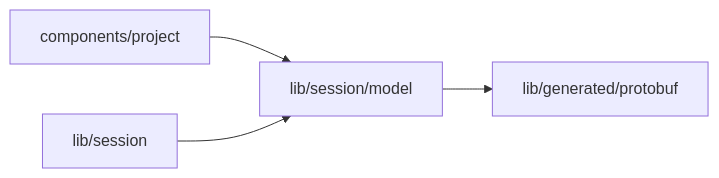
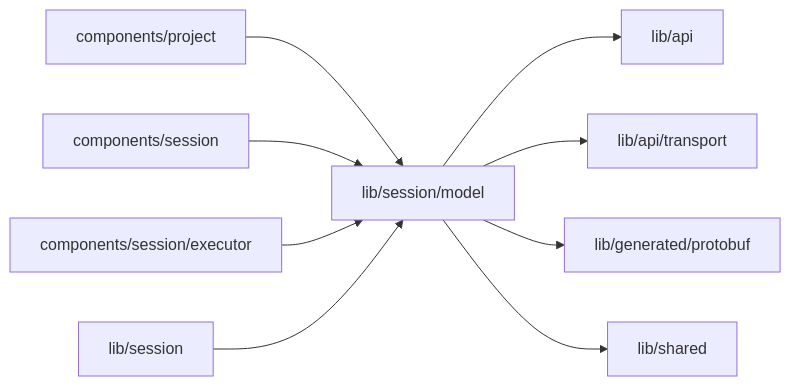
One commit to superdurable/superverse changed the diagram in web/studio/lib/session/model/README.md. Above: the diagram before and after it, drawn with Mermaid. The commit also changed other lines of this file and 75 other files, not shown here.

````diff
--- a/web/studio/lib/session/model/README.md
+++ b/web/studio/lib/session/model/README.md
@@ -10,7 +10,12 @@
 ```mermaid
 flowchart LR
   self["lib/session/model"]
   c0["components/project"] --> self
-  c1["lib/session"] --> self
-  self --> d0["lib/generated/protobuf"]
+  c1["components/session"] --> self
+  c2["components/session/executor"] --> self
+  c3["lib/session"] --> self
+  self --> d0["lib/api"]
+  self --> d1["lib/api/transport"]
+  self --> d2["lib/generated/protobuf"]
+  self --> d3["lib/shared"]
 ```
````
